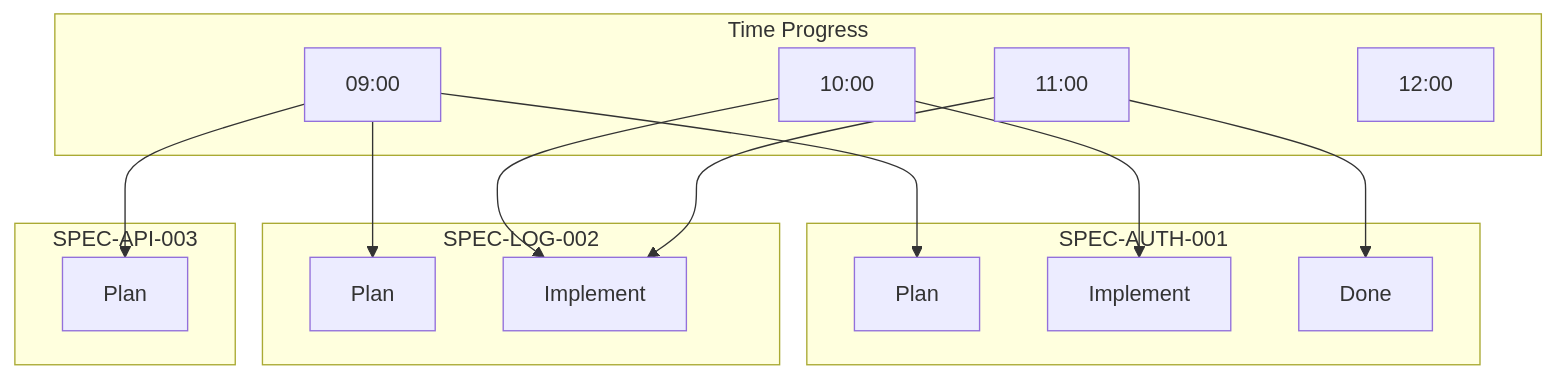
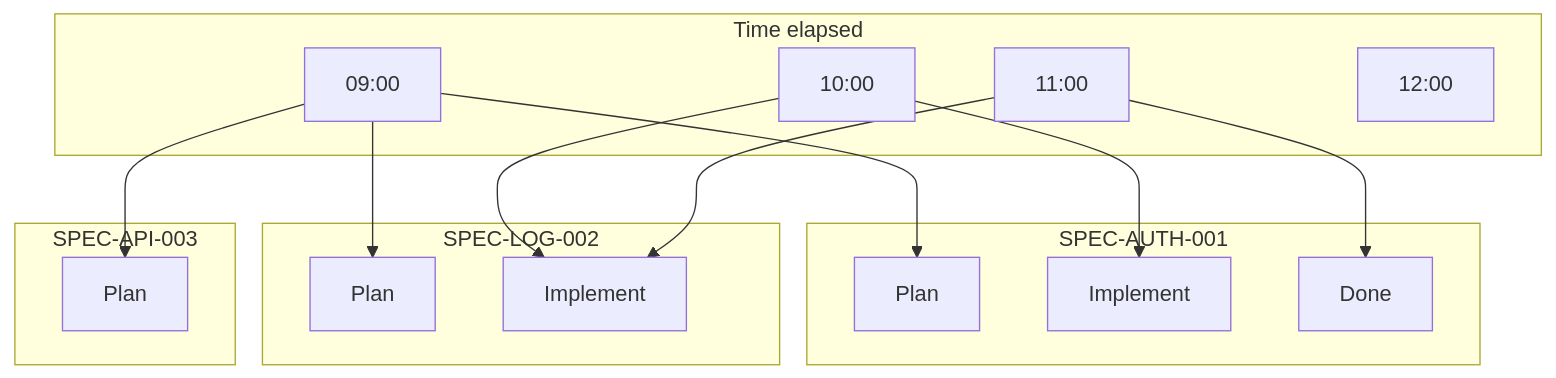
Before and after one commit to modu-ai/moai-adk: the fourth of 9 diagrams in docs-site/content/en/worktree/faq.md, drawn with Mermaid. The commit also changed other lines of this file and 395 other files, not shown here.

````diff
--- a/docs-site/content/en/worktree/faq.md
+++ b/docs-site/content/en/worktree/faq.md
@@ -170,34 +171,34 @@
 ```mermaid
 graph TB
-    subgraph Time["Time Progress"]
+    subgraph Time["Time elapsed"]
         T1[09:00]
         T2[10:00]
         T3[11:00]
         T4[12:00]
     end
 
     subgraph Worktree1["SPEC-AUTH-001"]
         W1A[Plan]
         W1B[Implement]
         W1C[Done]
     end
 
     subgraph Worktree2["SPEC-LOG-002"]
         W2A[Plan]
         W2B[Implement]
     end
 
     subgraph Worktree3["SPEC-API-003"]
         W3A[Plan]
     end
 
     T1 --> W1A
     T1 --> W2A
     T1 --> W3A
 
     T2 --> W1B
     T2 --> W2B
 
     T3 --> W1C
     T3 --> W2B
 ```
````
